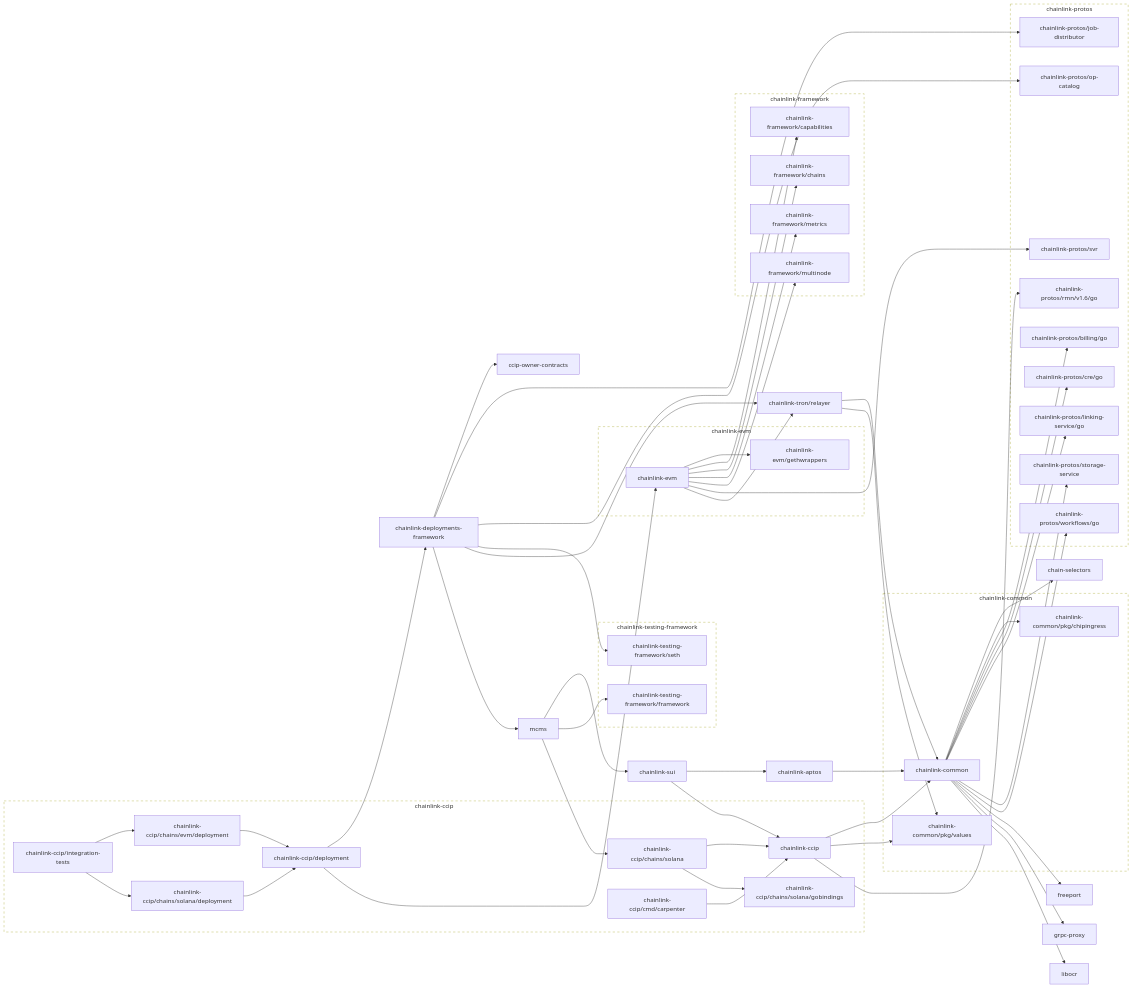
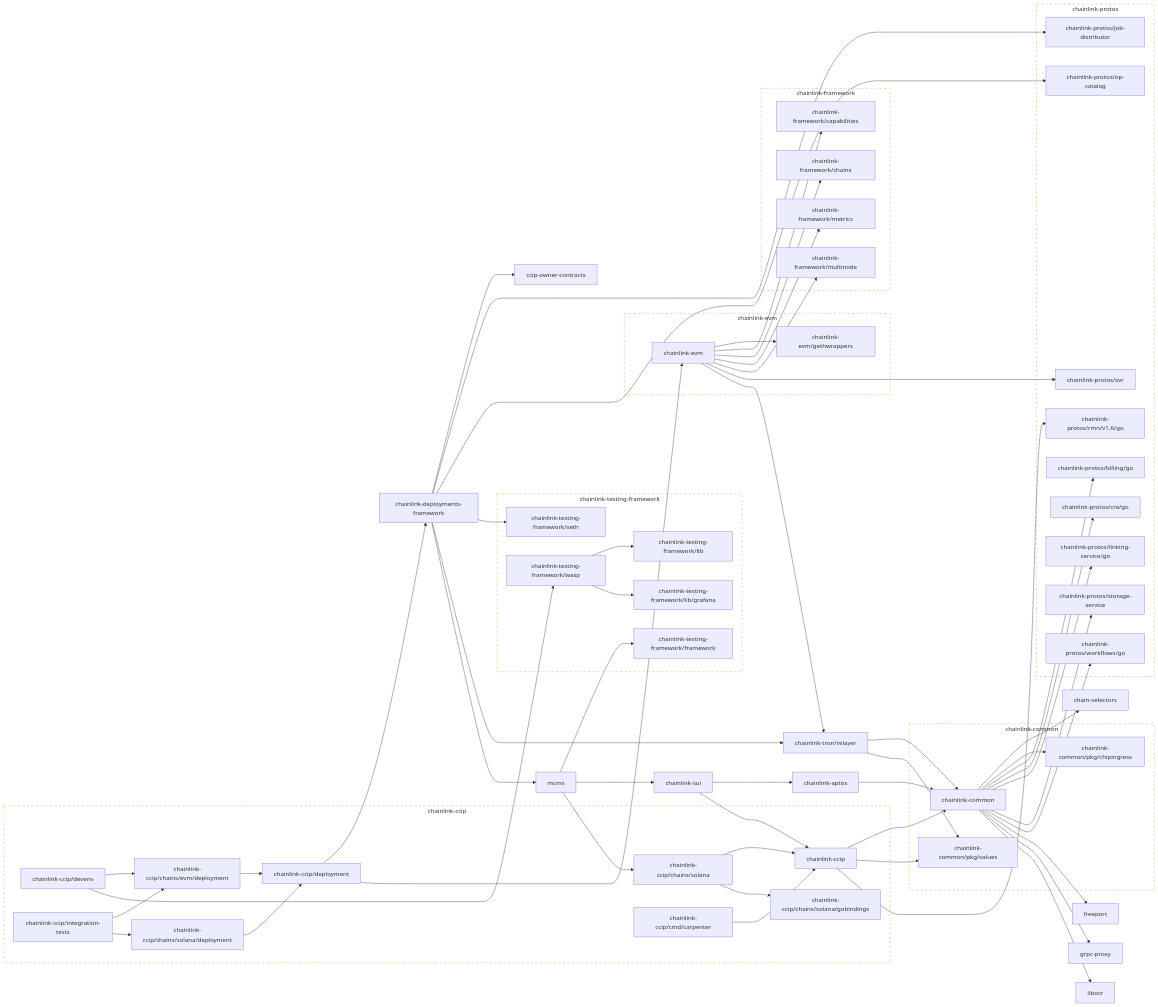
One commit to smartcontractkit/chainlink-ccip changed the second of 2 diagrams in go.md. Above: the diagram before and after it, drawn with Mermaid.

Commit message:
make generate

```diff
--- a/go.md
+++ b/go.md
@@ -83,6 +83,9 @@
 	chainlink-ccip/deployment --> chainlink-deployments-framework
 	chainlink-ccip/deployment --> chainlink-evm
 	click chainlink-ccip/deployment href "https://github.com/smartcontractkit/chainlink-ccip"
+	chainlink-ccip/devenv --> chainlink-ccip/chains/evm/deployment
+	chainlink-ccip/devenv --> chainlink-testing-framework/wasp
+	click chainlink-ccip/devenv href "https://github.com/smartcontractkit/chainlink-ccip"
 	chainlink-ccip/integration-tests --> chainlink-ccip/chains/evm/deployment
 	chainlink-ccip/integration-tests --> chainlink-ccip/chains/solana/deployment
 	click chainlink-ccip/integration-tests href "https://github.com/smartcontractkit/chainlink-ccip"
@@ -149,8 +152,15 @@
 	click chainlink-sui href "https://github.com/smartcontractkit/chainlink-sui"
 	chainlink-testing-framework/framework
 	click chainlink-testing-framework/framework href "https://github.com/smartcontractkit/chainlink-testing-framework"
+	chainlink-testing-framework/lib
+	click chainlink-testing-framework/lib href "https://github.com/smartcontractkit/chainlink-testing-framework"
+	chainlink-testing-framework/lib/grafana
+	click chainlink-testing-framework/lib/grafana href "https://github.com/smartcontractkit/chainlink-testing-framework"
 	chainlink-testing-framework/seth
 	click chainlink-testing-framework/seth href "https://github.com/smartcontractkit/chainlink-testing-framework"
+	chainlink-testing-framework/wasp --> chainlink-testing-framework/lib
+	chainlink-testing-framework/wasp --> chainlink-testing-framework/lib/grafana
+	click chainlink-testing-framework/wasp href "https://github.com/smartcontractkit/chainlink-testing-framework"
 	chainlink-tron/relayer --> chainlink-common
 	chainlink-tron/relayer --> chainlink-common/pkg/values
 	click chainlink-tron/relayer href "https://github.com/smartcontractkit/chainlink-tron"
@@ -173,6 +183,7 @@
 		 chainlink-ccip/chains/solana/gobindings
 		 chainlink-ccip/cmd/carpenter
 		 chainlink-ccip/deployment
+		 chainlink-ccip/devenv
 		 chainlink-ccip/integration-tests
 	end
 	click chainlink-ccip-repo href "https://github.com/smartcontractkit/chainlink-ccip"
@@ -213,7 +224,10 @@
 
 	subgraph chainlink-testing-framework-repo[chainlink-testing-framework]
 		 chainlink-testing-framework/framework
+		 chainlink-testing-framework/lib
+		 chainlink-testing-framework/lib/grafana
 		 chainlink-testing-framework/seth
+		 chainlink-testing-framework/wasp
 	end
 	click chainlink-testing-framework-repo href "https://github.com/smartcontractkit/chainlink-testing-framework"
 
```
